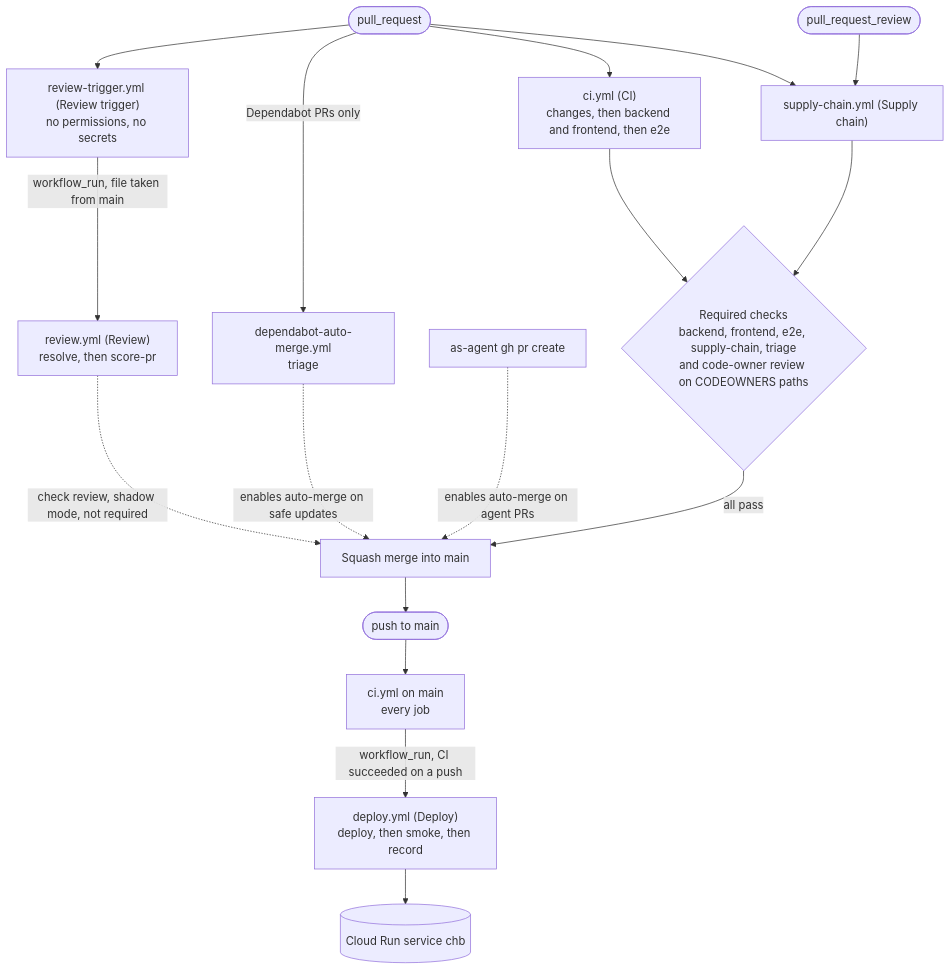
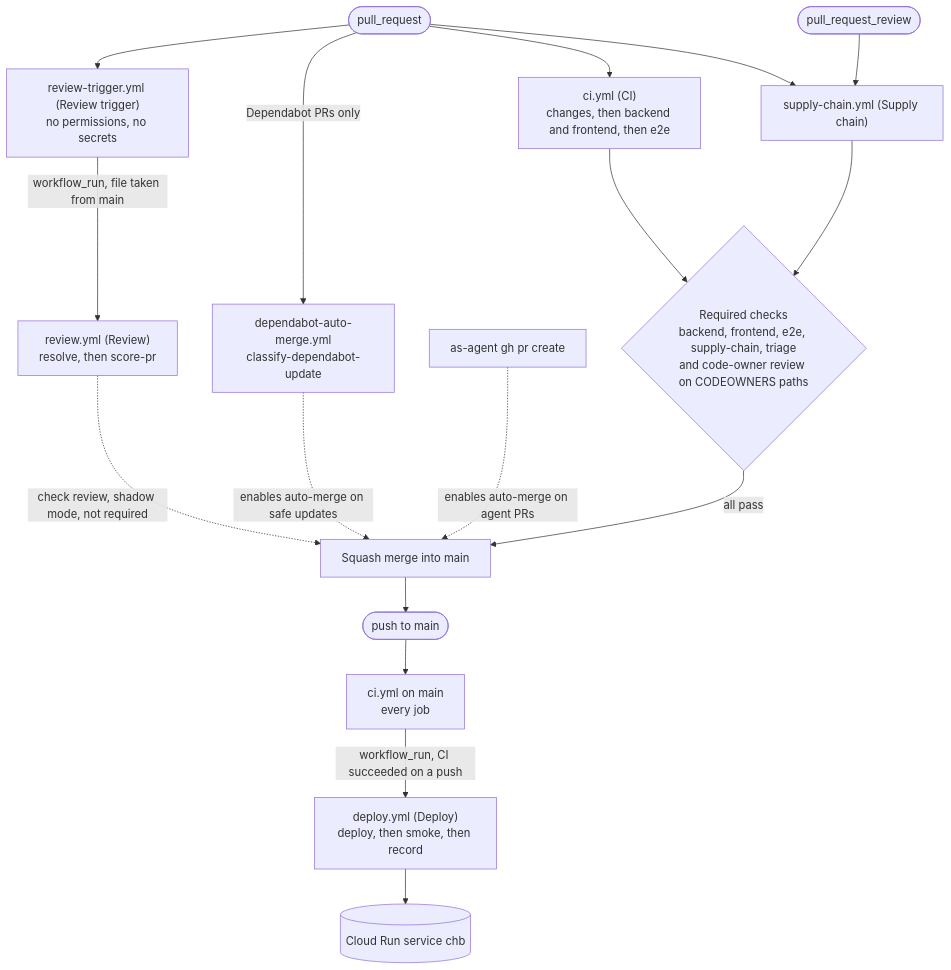
One commit to islomar/corporate-hotel-booking-software-factory changed the diagram in docs/process/delivery-pipeline.md. Above: the diagram before and after it, drawn with Mermaid. The commit also changed 3 other files, not shown here.

First line of the commit message:
CHB-234: rename the triage job of dependabot-auto-merge.yml (#161)

````diff
--- a/docs/process/delivery-pipeline.md
+++ b/docs/process/delivery-pipeline.md
@@ -19,35 +19,35 @@
 ```mermaid
 flowchart TD
     pr(["pull_request"])
     prr(["pull_request_review"])
     push(["push to main"])
 
     ci["ci.yml (CI)<br/>changes, then backend and frontend, then e2e"]
     rt["review-trigger.yml (Review trigger)<br/>no permissions, no secrets"]
     rv["review.yml (Review)<br/>resolve, then score-pr"]
     sc["supply-chain.yml (Supply chain)"]
-    dam["dependabot-auto-merge.yml<br/>triage"]
+    dam["dependabot-auto-merge.yml<br/>classify-dependabot-update"]
     gate{"Required checks<br/>backend, frontend, e2e, supply-chain, triage<br/>and code-owner review on CODEOWNERS paths"}
     asagent["as-agent gh pr create"]
     merge["Squash merge into main"]
     cimain["ci.yml on main<br/>every job"]
     deploy["deploy.yml (Deploy)<br/>deploy, then smoke, then record"]
     run[("Cloud Run service chb")]
 
     pr --> ci
     pr --> rt
     pr --> sc
     prr --> sc
     pr -- "Dependabot PRs only" --> dam
     rt -- "workflow_run, file taken from main" --> rv
     rv -. "check review, shadow mode, not required" .-> merge
     dam -. "enables auto-merge on safe updates" .-> merge
     asagent -. "enables auto-merge on agent PRs" .-> merge
     ci --> gate
     sc --> gate
     gate -- "all pass" --> merge
     merge --> push
     push --> cimain
     cimain -- "workflow_run, CI succeeded on a push" --> deploy
     deploy --> run
 ```
````
